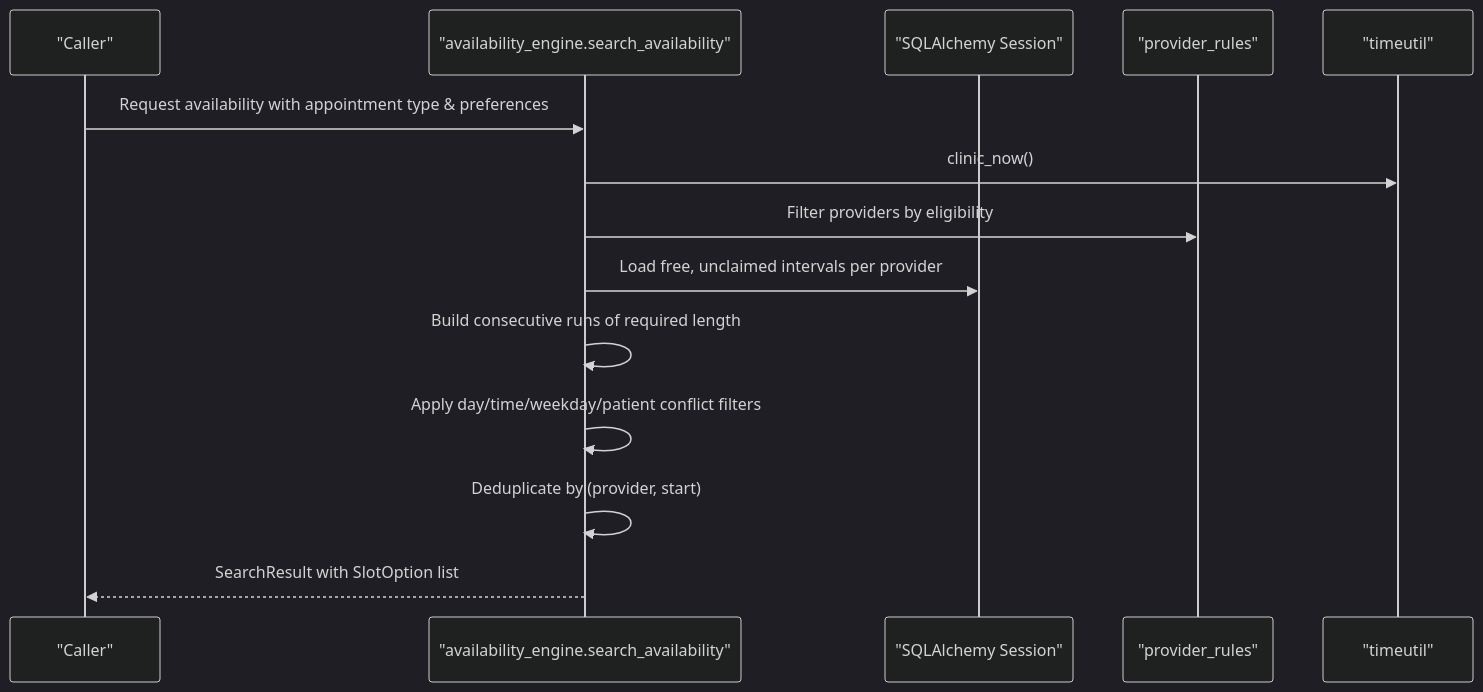
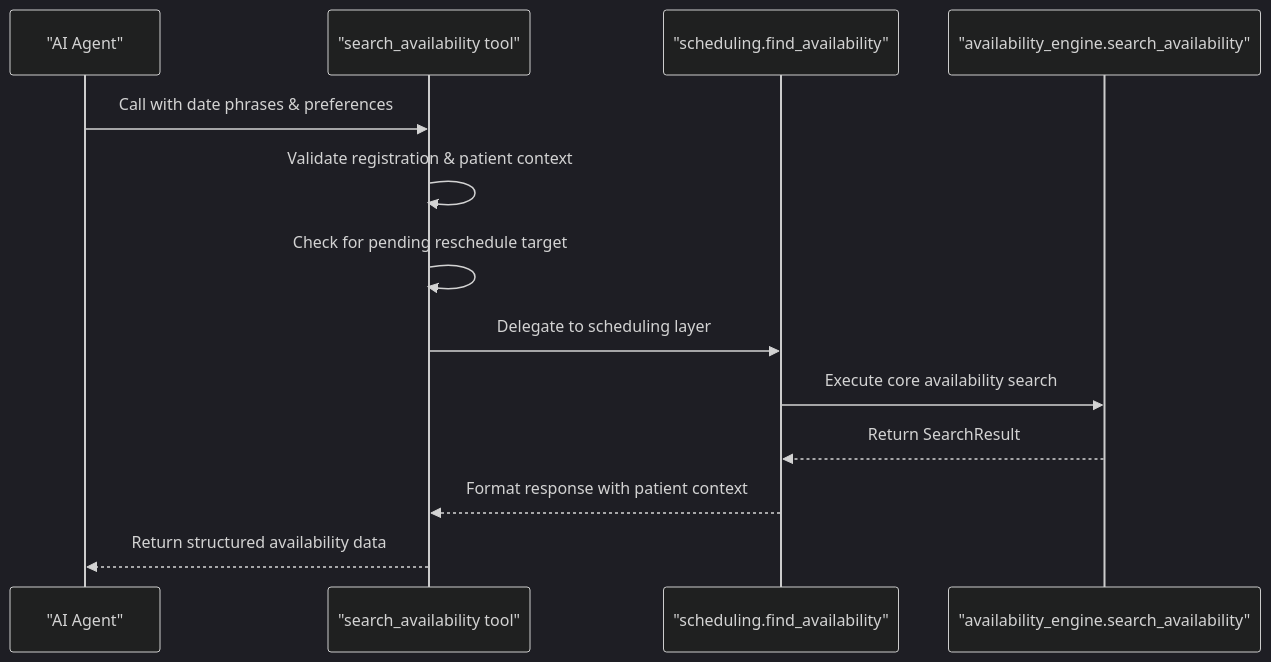
Before and after one commit to gokulkaarthicks/dental-chatbot: the second of 6 diagrams in .qoder/repowiki/en/content/Scheduling System/Availability Calculation Engine.md, drawn with Mermaid (dark theme). The commit also changed other lines of this file and 280 other files, not shown here.

````diff
--- a/.qoder/repowiki/en/content/Scheduling System/Availability Calculation Engine.md
+++ b/.qoder/repowiki/en/content/Scheduling System/Availability Calculation Engine.md
@@ -87,16 +91,15 @@
 ```mermaid
 sequenceDiagram
-participant Caller as "Caller"
+participant Agent as "AI Agent"
+participant Tool as "search_availability tool"
+participant Scheduling as "scheduling.find_availability"
 participant Engine as "availability_engine.search_availability"
-participant DB as "SQLAlchemy Session"
-participant Rules as "provider_rules"
-participant Time as "timeutil"
-Caller->>Engine : Request availability with appointment type & preferences
-Engine->>Time : clinic_now()
-Engine->>Rules : Filter providers by eligibility
-Engine->>DB : Load free, unclaimed intervals per provider
-Engine->>Engine : Build consecutive runs of required length
-Engine->>Engine : Apply day/time/weekday/patient conflict filters
-Engine->>Engine : Deduplicate by (provider, start)
-Engine-->>Caller : SearchResult with SlotOption list
+Agent->>Tool : Call with date phrases & preferences
+Tool->>Tool : Validate registration & patient context
+Tool->>Tool : Check for pending reschedule target
+Tool->>Scheduling : Delegate to scheduling layer
+Scheduling->>Engine : Execute core availability search
+Engine-->>Scheduling : Return SearchResult
+Scheduling-->>Tool : Format response with patient context
+Tool-->>Agent : Return structured availability data
 ```
````
